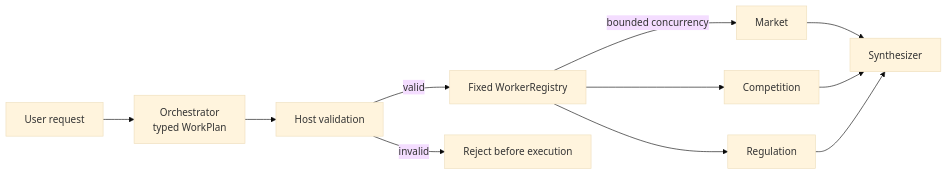
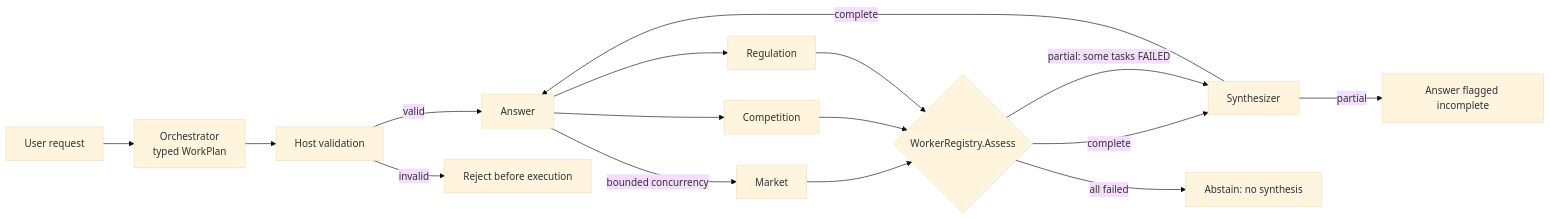
The diagram in PatternExplorer/patterns/OrchestratorWorkers.md (arst/agentic-patterns), drawn with Mermaid (base theme) before and after one commit. The commit also changed 1 other file, not shown here.

Commit message:
fix(twins,docs): narrow the SK fallback catch; draw the abstain/partial branches
ResourceAwareOptimization.SemanticKernel caught bare Exception and fell through
to the next tier on anything at all, while its AgentFramework twin was narrowed
in an earlier PR. Narrowed to HttpOperationException / ClientResultException /
HttpRequestException / TaskCanceledException. The twin's extra
`!cancellationToken.IsCancellationRequested` guard has no counterpart here — the
SK sample threads no token, so a TaskCanceledException can only be a timeout;
the comment names the guard to add if a token is ever introduced.

OrchestratorWorkers.md's mermaid ended at W1/W2/W3 -> S while the prose beside it
described WorkerRegistry.Assess labelling runs Complete / Partial / Abstained.
The diagram now shows the assess step, the all-failed abstain that skips
synthesis, and the partial branch that flags the answer incomplete.

Claude-Session: https://claude.ai/code/session_01LB4jjPp7i2pxV55Vpe6tpc

````diff
--- a/PatternExplorer/patterns/OrchestratorWorkers.md
+++ b/PatternExplorer/patterns/OrchestratorWorkers.md
@@ -40,13 +40,18 @@
 ```mermaid
 flowchart LR
     U[User request] --> O[Orchestrator<br/>typed WorkPlan]
     O --> V[Host validation]
     V -->|valid| R[Fixed WorkerRegistry]
     R -->|bounded concurrency| W1[Market]
     R --> W2[Competition]
     R --> W3[Regulation]
-    W1 --> S[Synthesizer]
-    W2 --> S
-    W3 --> S
+    W1 --> A{WorkerRegistry.Assess}
+    W2 --> A
+    W3 --> A
+    A -->|complete| S[Synthesizer]
+    A -->|partial: some tasks FAILED| S
+    A -->|all failed| X[Abstain: no synthesis]
+    S -->|partial| P[Answer flagged incomplete]
+    S -->|complete| R[Answer]
     V -->|invalid| D[Reject before execution]
 ```
````
